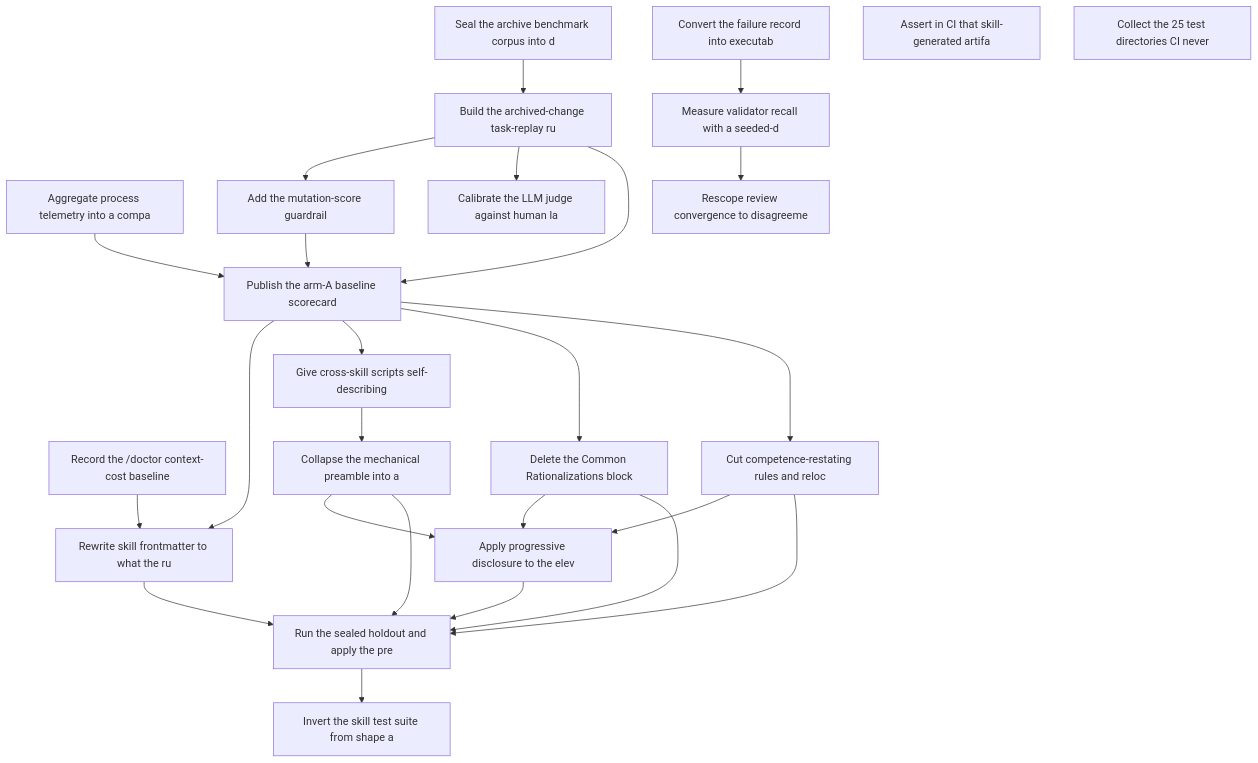
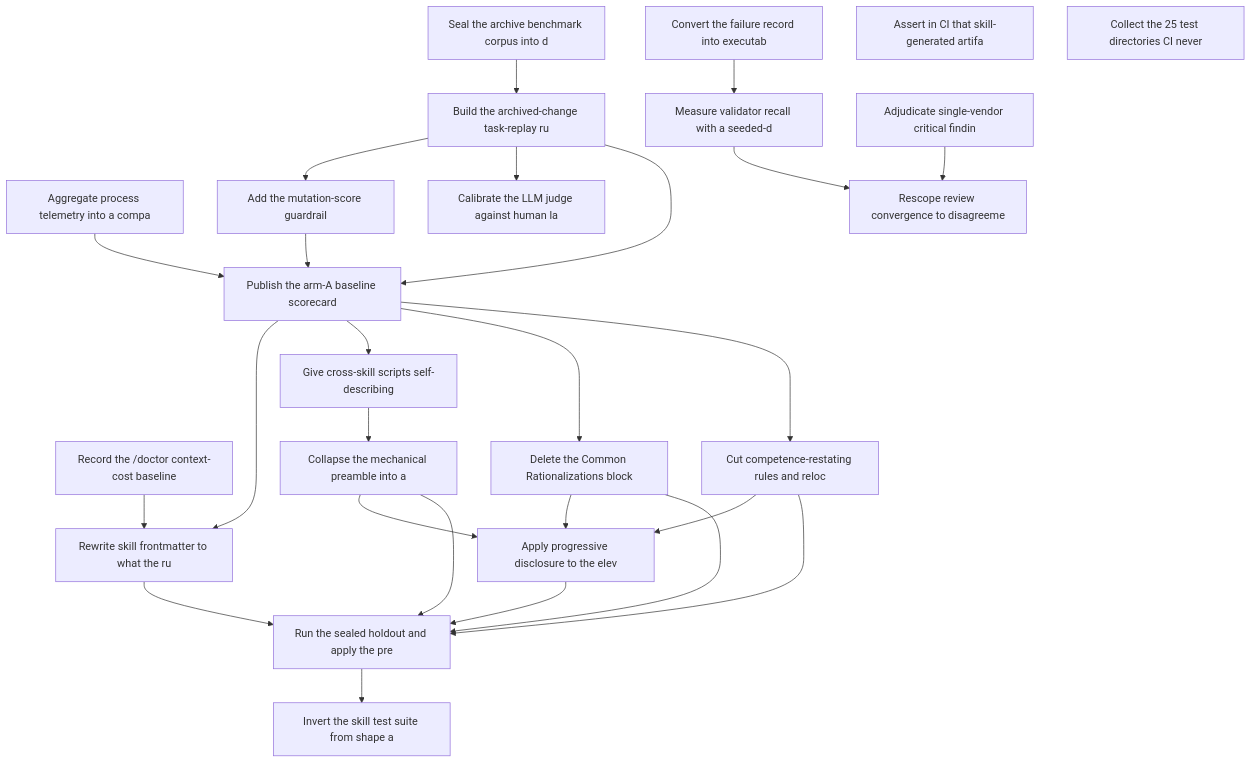
The diagram in openspec/roadmaps/skill-rightsizing/roadmap.md (jankneumann/agentic-coding-tools), drawn with Mermaid before and after one commit. The commit also changed other lines of this file and 5 other files, not shown here.

First line of the commit message:
feat(roadmap): refine skill-rightsizing

````diff
--- a/openspec/roadmaps/skill-rightsizing/roadmap.md
+++ b/openspec/roadmaps/skill-rightsizing/roadmap.md
@@ -36,46 +37,48 @@
 ```mermaid
 graph TD
     ri-01["Convert the failure record into executab"]
     ri-02["Seal the archive benchmark corpus into d"]
     ri-03["Aggregate process telemetry into a compa"]
     ri-04["Record the /doctor context-cost baseline"]
     ri-05["Build the archived-change task-replay ru"]
     ri-06["Measure validator recall with a seeded-d"]
     ri-07["Add the mutation-score guardrail"]
     ri-08["Calibrate the LLM judge against human la"]
     ri-09["Publish the arm-A baseline scorecard"]
     ri-10["Rewrite skill frontmatter to what the ru"]
     ri-11["Give cross-skill scripts self-describing"]
     ri-12["Collapse the mechanical preamble into a "]
     ri-13["Delete the Common Rationalizations block"]
     ri-14["Cut competence-restating rules and reloc"]
     ri-15["Apply progressive disclosure to the elev"]
     ri-16["Rescope review convergence to disagreeme"]
+    ri-21["Adjudicate single-vendor critical findin"]
     ri-17["Run the sealed holdout and apply the pre"]
     ri-18["Invert the skill test suite from shape a"]
     ri-19["Assert in CI that skill-generated artifa"]
     ri-20["Collect the 25 test directories CI never"]
     ri-02 --> ri-05
     ri-01 --> ri-06
     ri-05 --> ri-07
     ri-05 --> ri-08
     ri-03 --> ri-09
     ri-05 --> ri-09
     ri-07 --> ri-09
     ri-04 --> ri-10
     ri-09 --> ri-10
     ri-09 --> ri-11
     ri-11 --> ri-12
     ri-09 --> ri-13
     ri-09 --> ri-14
     ri-12 --> ri-15
     ri-13 --> ri-15
     ri-14 --> ri-15
     ri-06 --> ri-16
+    ri-21 --> ri-16
     ri-10 --> ri-17
     ri-12 --> ri-17
     ri-13 --> ri-17
     ri-14 --> ri-17
     ri-15 --> ri-17
     ri-17 --> ri-18
 ```
````
